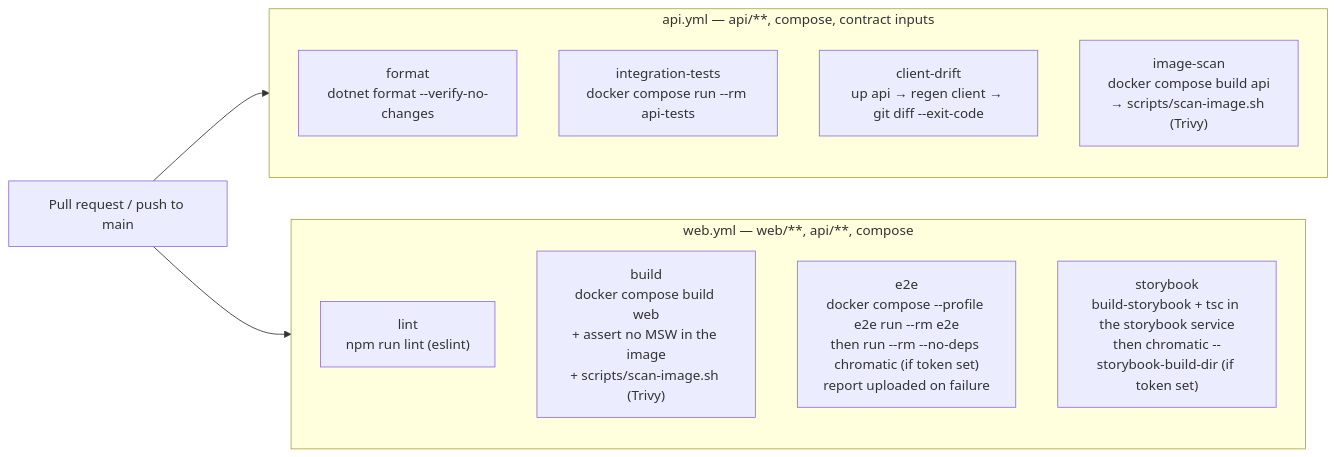
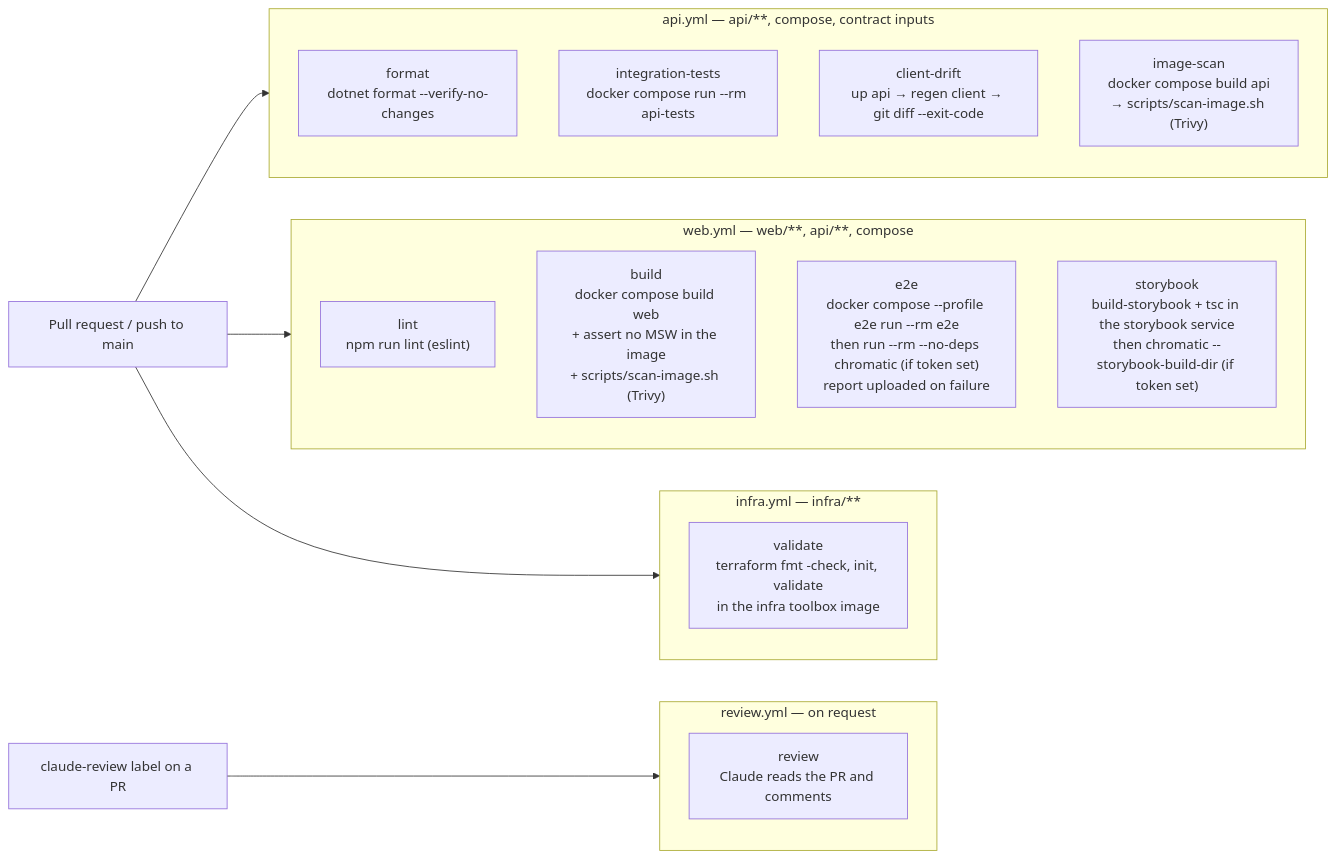
Before and after one commit to l1em1on1/social-tennis: diagram 12 of 12 in docs/architecture.md, drawn with Mermaid. The commit also changed other lines of this file and 3 other files, not shown here.

First line of the commit message:
Docs currency: ADR statuses and architecture.md match the system as built (#106) (#203)

````diff
--- a/docs/architecture.md
+++ b/docs/architecture.md
@@ -470,16 +473,23 @@
 ```mermaid
 flowchart LR
     subgraph apiwf ["api.yml — api/**, compose, contract inputs"]
         T0["format<br/>dotnet format --verify-no-changes"]
         T1["integration-tests<br/>docker compose run --rm api-tests"]
         T2["client-drift<br/>up api → regen client → git diff --exit-code"]
         T6["image-scan<br/>docker compose build api<br/>→ scripts/scan-image.sh (Trivy)"]
     end
     subgraph webwf ["web.yml — web/**, api/**, compose"]
         T5["lint<br/>npm run lint (eslint)"]
         T3["build<br/>docker compose build web<br/>+ assert no MSW in the image<br/>+ scripts/scan-image.sh (Trivy)"]
         T4["e2e<br/>docker compose --profile e2e run --rm e2e<br/>then run --rm --no-deps chromatic (if token set)<br/>report uploaded on failure"]
         T7["storybook<br/>build-storybook + tsc in the storybook service<br/>then chromatic --storybook-build-dir (if token set)"]
     end
-    PR[Pull request / push to main] --> apiwf & webwf
+    subgraph infrawf ["infra.yml — infra/**"]
+        T8["validate<br/>terraform fmt -check, init, validate<br/>in the infra toolbox image"]
+    end
+    subgraph reviewwf ["review.yml — on request"]
+        R1["review<br/>Claude reads the PR and comments"]
+    end
+    PR[Pull request / push to main] --> apiwf & webwf & infrawf
+    LBL["claude-review label on a PR"] --> reviewwf
 ```
````
